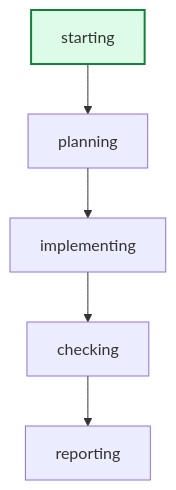
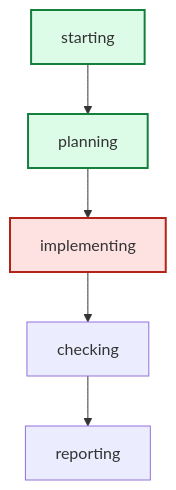
Before and after one commit to daniell0gda/hermes-feature-check-dashboard: the diagram in runs/issue-suite-red-cleanup-r1/graph.mmd, drawn with Mermaid. The commit also changed 59 other files, not shown here.

```diff
--- a/runs/issue-suite-red-cleanup-r1/graph.mmd
+++ b/runs/issue-suite-red-cleanup-r1/graph.mmd
@@ -1,10 +1,12 @@
 graph TD
     starting --> planning
     planning --> implementing
     implementing --> checking
     checking --> reporting
 
 classDef done fill:#dcfce7,stroke:#15803d,stroke-width:2px;
 classDef active fill:#dbeafe,stroke:#2563eb,stroke-width:3px;
 classDef failed fill:#fee2e2,stroke:#b42318,stroke-width:2px;
+class implementing failed;
 class starting done;
+class planning done;
```
